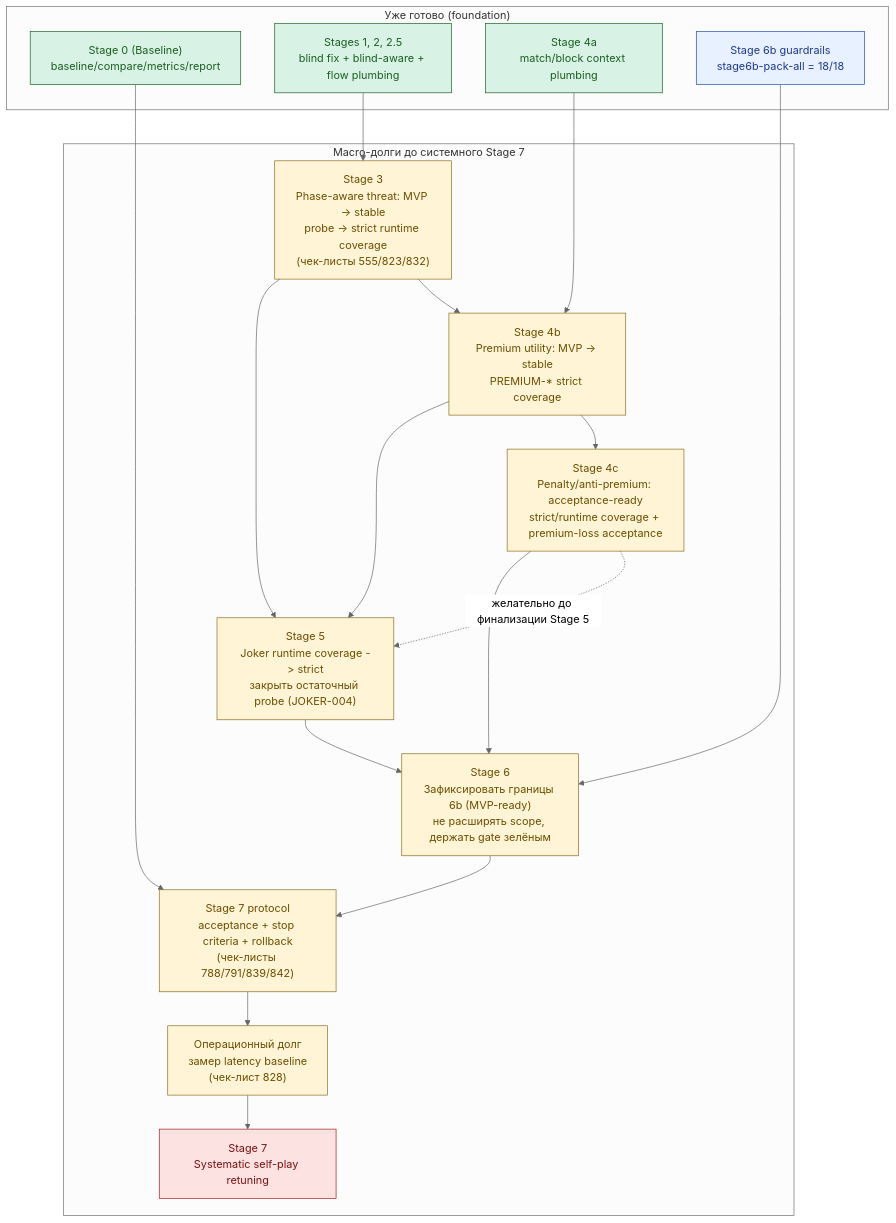
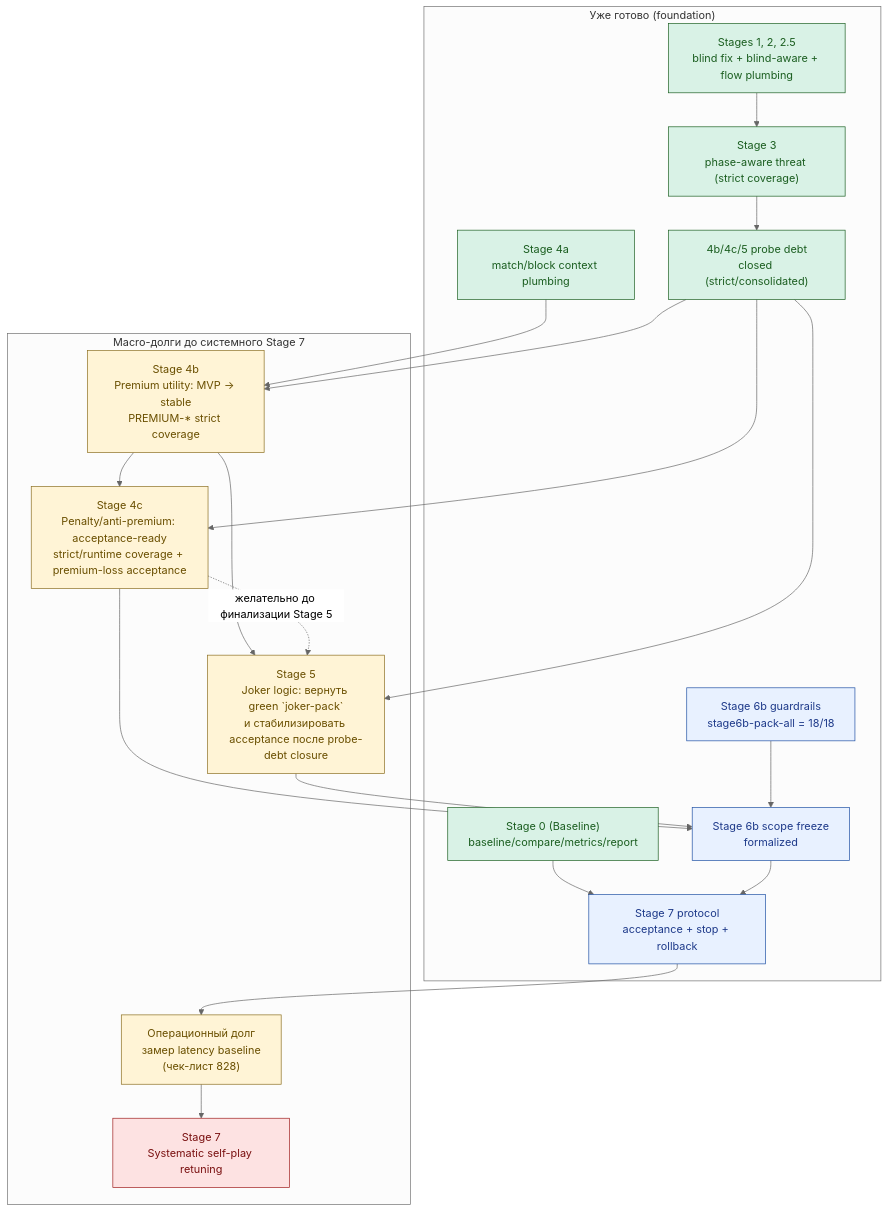
Before and after one commit to chaniev/jocker: the diagram in BOT_AI_IMPROVEMENT_PLAN.md, drawn with Mermaid (neutral theme). The commit also changed other lines of this file and 3 other files, not shown here.

````diff
--- a/BOT_AI_IMPROVEMENT_PLAN.md
+++ b/BOT_AI_IMPROVEMENT_PLAN.md
@@ -91,47 +91,50 @@
 ```mermaid
 flowchart TD
     subgraph DONE["Уже готово (foundation)"]
       F0["Stage 0 (Baseline)<br/>baseline/compare/metrics/report"]
       F1["Stages 1, 2, 2.5<br/>blind fix + blind-aware + flow plumbing"]
+      F3["Stage 3<br/>phase-aware threat (strict coverage)"]
       F4a["Stage 4a<br/>match/block context plumbing"]
+      F45probe["4b/4c/5 probe debt<br/>closed (strict/consolidated)"]
       F6g["Stage 6b guardrails<br/>stage6b-pack-all = 18/18"]
+      F6freeze["Stage 6b scope freeze<br/>formalized"]
+      F7proto["Stage 7 protocol<br/>acceptance + stop + rollback"]
     end
 
     subgraph DEBT["Macro-долги до системного Stage 7"]
-      D3["Stage 3<br/>Phase-aware threat: MVP -> stable<br/>probe -> strict runtime coverage<br/>(чек-листы 555/823/832)"]
       D4b["Stage 4b<br/>Premium utility: MVP -> stable<br/>PREMIUM-* strict coverage"]
       D4c["Stage 4c<br/>Penalty/anti-premium: acceptance-ready<br/>strict/runtime coverage + premium-loss acceptance"]
-      D5["Stage 5<br/>Joker runtime coverage -> strict<br/>закрыть остаточный probe (JOKER-004)"]
-      D6freeze["Stage 6<br/>Зафиксировать границы 6b (MVP-ready)<br/>не расширять scope, держать gate зелёным"]
-      D7proto["Stage 7 protocol<br/>acceptance + stop criteria + rollback<br/>(чек-листы 788/791/839/842)"]
+      D5["Stage 5<br/>Joker logic: вернуть green `joker-pack`<br/>и стабилизировать acceptance после probe-debt closure"]
       Lat["Операционный долг<br/>замер latency baseline<br/>(чек-лист 828)"]
       Run7["Stage 7<br/>Systematic self-play retuning"]
     end
 
-    F1 --> D3
+    F1 --> F3
+    F3 --> F45probe
     F4a --> D4b
-    F6g --> D6freeze
-    F0 --> D7proto
+    F45probe --> D4b
+    F45probe --> D4c
+    F45probe --> D5
+    F6g --> F6freeze
+    F0 --> F7proto
 
-    D3 --> D4b
     D4b --> D4c
-    D3 --> D5
     D4b --> D5
     D4c -. желательно до финализации Stage 5 .-> D5
 
-    D4c --> D6freeze
-    D5 --> D6freeze
-    D6freeze --> D7proto
-    D7proto --> Lat
+    D4c --> F6freeze
+    D5 --> F6freeze
+    F6freeze --> F7proto
+    F7proto --> Lat
     Lat --> Run7
 
     classDef done fill:#d9f2e6,stroke:#1b5e20,color:#1b5e20;
     classDef gate fill:#e8f1ff,stroke:#1e4fa3,color:#1e3a8a;
     classDef debt fill:#fff4d6,stroke:#8a6d1f,color:#6a4f00;
     classDef target fill:#fde2e2,stroke:#9f1d1d,color:#7a1111;
 
-    class F0,F1,F4a done;
-    class F6g gate;
-    class D3,D4b,D4c,D5,D6freeze,D7proto,Lat debt;
+    class F0,F1,F3,F4a,F45probe done;
+    class F6g,F6freeze,F7proto gate;
+    class D4b,D4c,D5,Lat debt;
     class Run7 target;
 ```
````
